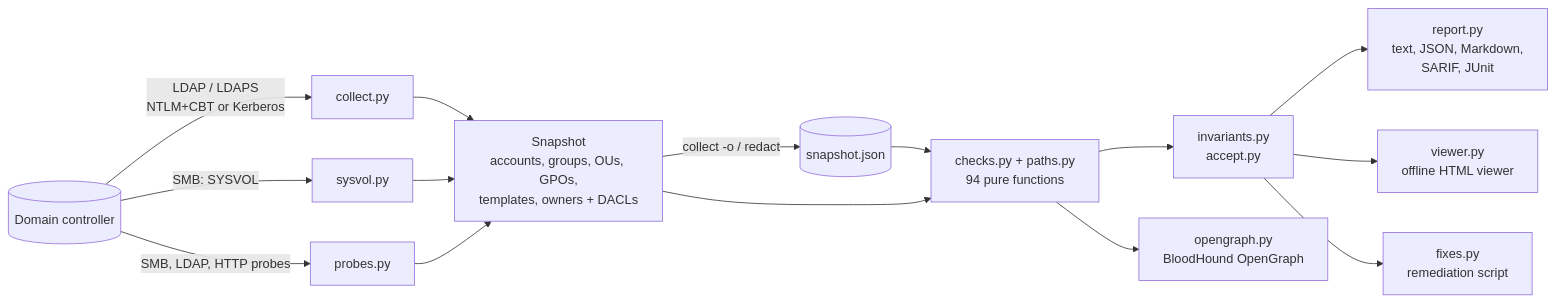
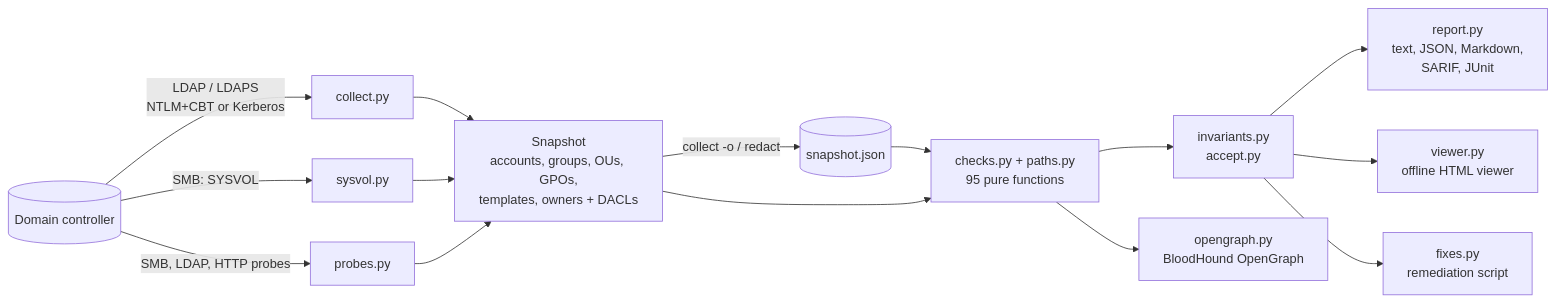
The diagram in README.md (brkozer/ad-doctor), drawn with Mermaid before and after one commit. The commit also changed other lines of this file and 20 other files, not shown here.

````diff
--- a/README.md
+++ b/README.md
@@ -390,17 +393,17 @@
 ```mermaid
 flowchart LR
     DC[(Domain controller)] -- "LDAP / LDAPS<br/>NTLM+CBT or Kerberos" --> C[collect.py]
     DC -- "SMB: SYSVOL" --> V[sysvol.py]
     DC -- "SMB, LDAP, HTTP probes" --> P[probes.py]
     C --> S[Snapshot<br/>accounts, groups, OUs, GPOs,<br/>templates, owners + DACLs]
     V --> S
     P --> S
     S -- "collect -o / redact" --> F[(snapshot.json)]
     F --> A
-    S --> A[checks.py + paths.py<br/>94 pure functions]
+    S --> A[checks.py + paths.py<br/>95 pure functions]
     A --> I[invariants.py<br/>accept.py]
     I --> R[report.py<br/>text, JSON, Markdown,<br/>SARIF, JUnit]
     I --> W[viewer.py<br/>offline HTML viewer]
     I --> X[fixes.py<br/>remediation script]
     A --> O[opengraph.py<br/>BloodHound OpenGraph]
 ```
````
